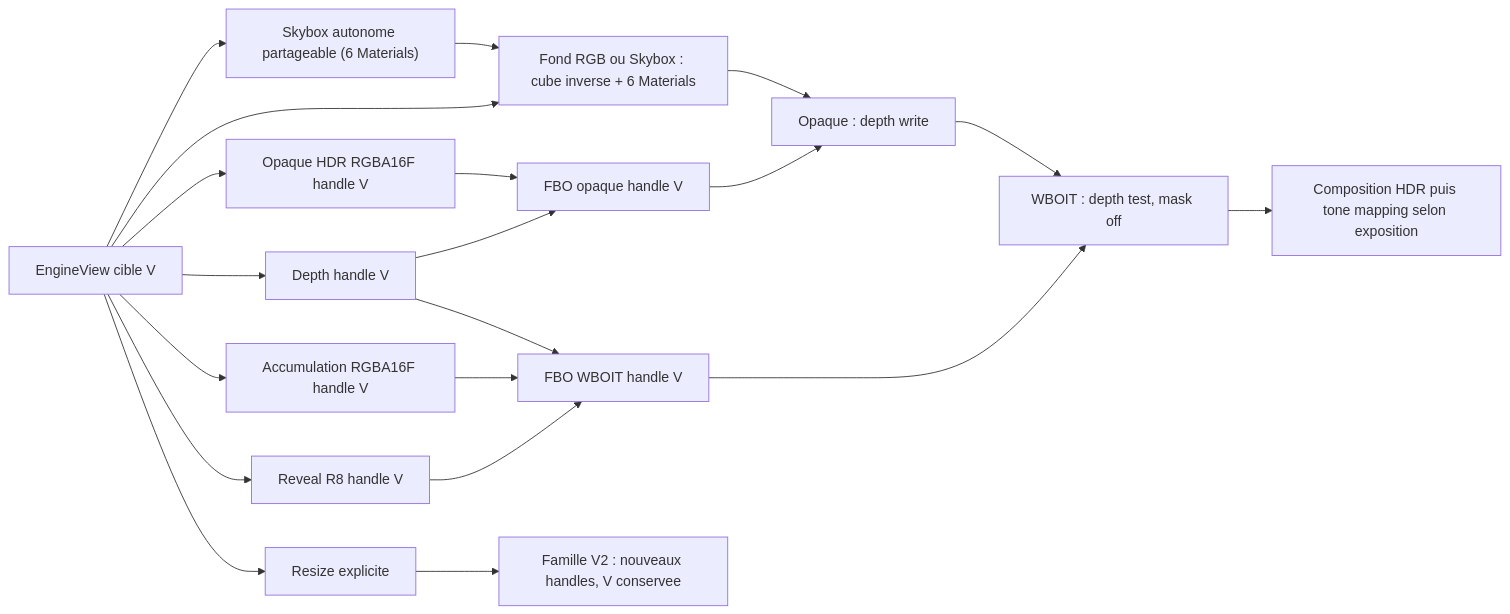
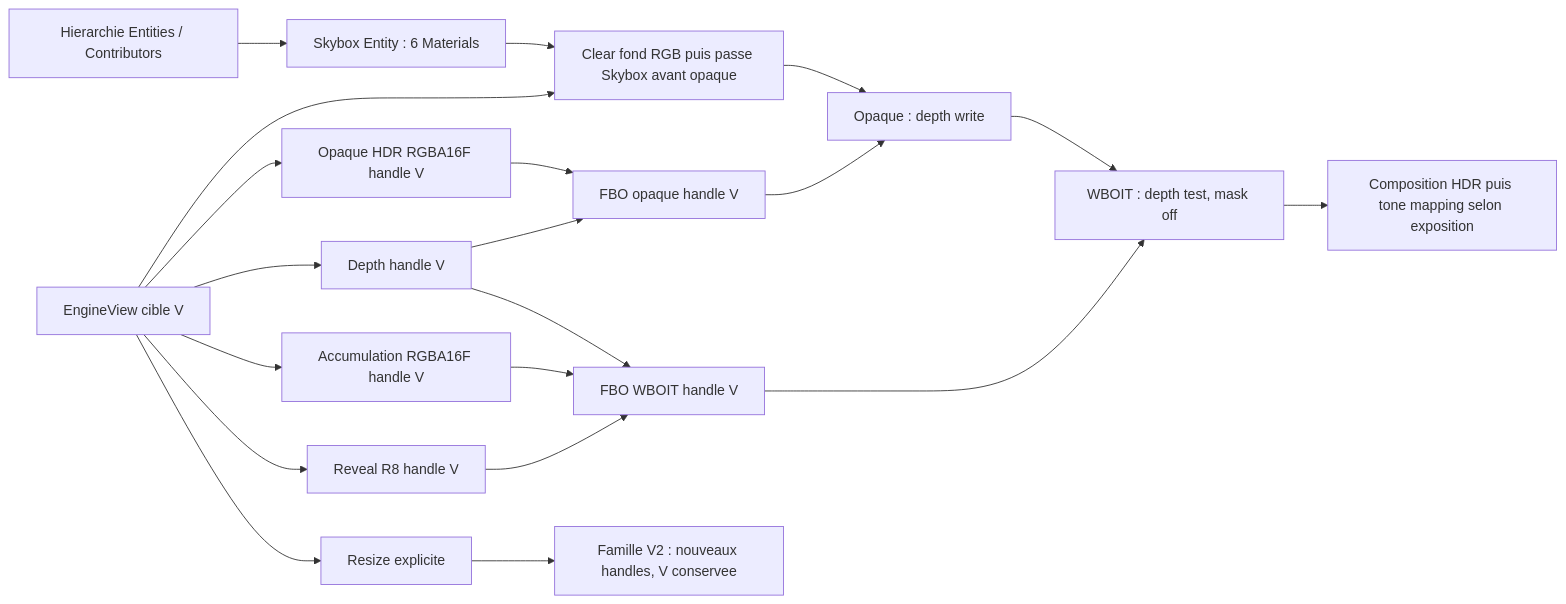
The second of 5 diagrams in docs/voxel-engine-v0.1.4/09-pipeline-gpu-transparence.md (EreliaStudio/Sparkle), drawn with Mermaid before and after one commit. The commit also changed other lines of this file and 1 other file, not shown here.

````diff
--- a/docs/voxel-engine-v0.1.4/09-pipeline-gpu-transparence.md
+++ b/docs/voxel-engine-v0.1.4/09-pipeline-gpu-transparence.md
@@ -60,22 +64,22 @@
 ```mermaid
 flowchart LR
   View["EngineView cible V"] --> OpaqueColor["Opaque HDR RGBA16F handle V"]
-  View --> Skybox["Skybox autonome partageable (6 Materials)"]
+  Scene["Hierarchie Entities / Contributors"] --> Skybox["Skybox Entity : 6 Materials"]
   Skybox --> Background
-  View --> Background["Fond RGB ou Skybox : cube inverse + 6 Materials"]
+  View --> Background["Clear fond RGB puis passe Skybox avant opaque"]
   Background --> DrawOpaque
   View --> Depth["Depth handle V"]
   View --> Accum["Accumulation RGBA16F handle V"]
   View --> Reveal["Reveal R8 handle V"]
   OpaqueColor --> FBOOpaque["FBO opaque handle V"]
   Depth --> FBOOpaque
   Depth --> FBOWBOIT["FBO WBOIT handle V"]
   Accum --> FBOWBOIT
   Reveal --> FBOWBOIT
   FBOOpaque --> DrawOpaque["Opaque : depth write"]
   DrawOpaque --> DrawWBOIT["WBOIT : depth test, mask off"]
   FBOWBOIT --> DrawWBOIT
   DrawWBOIT --> Compose["Composition HDR puis tone mapping selon exposition"]
   View --> Resize["Resize explicite"]
   Resize --> V2["Famille V2 : nouveaux handles, V conservee"]
 ```
````
